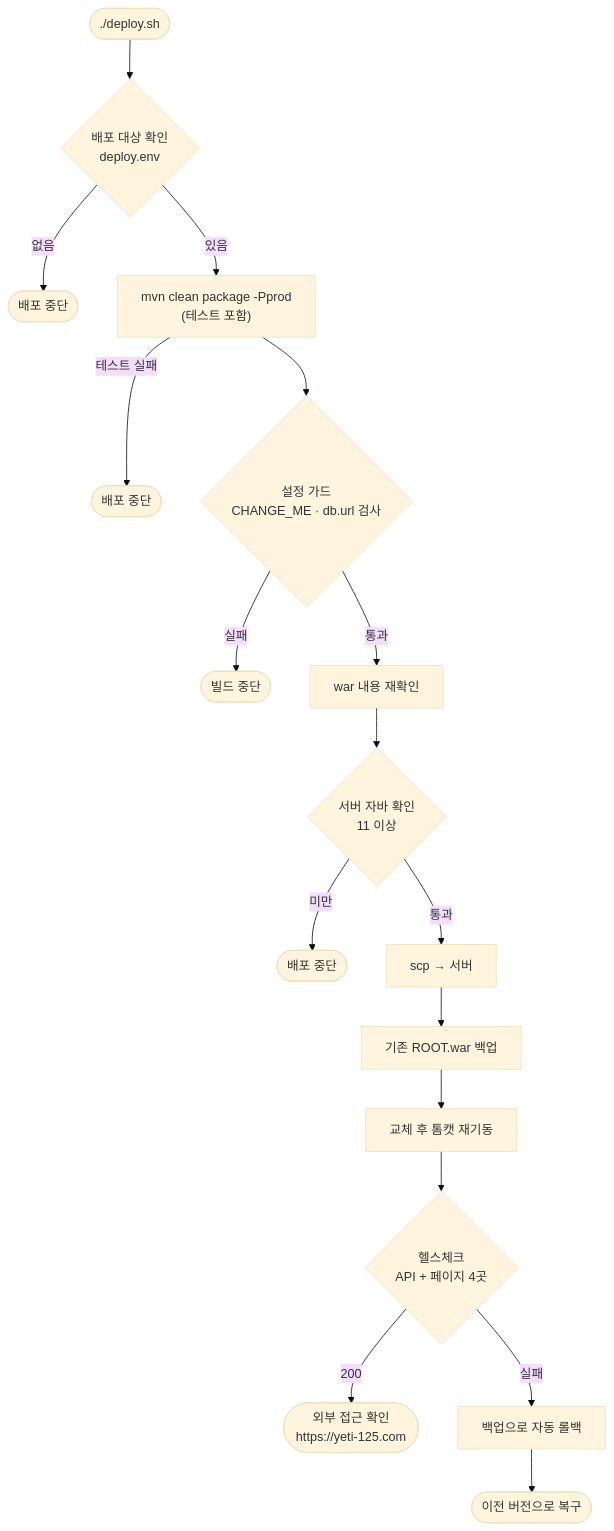
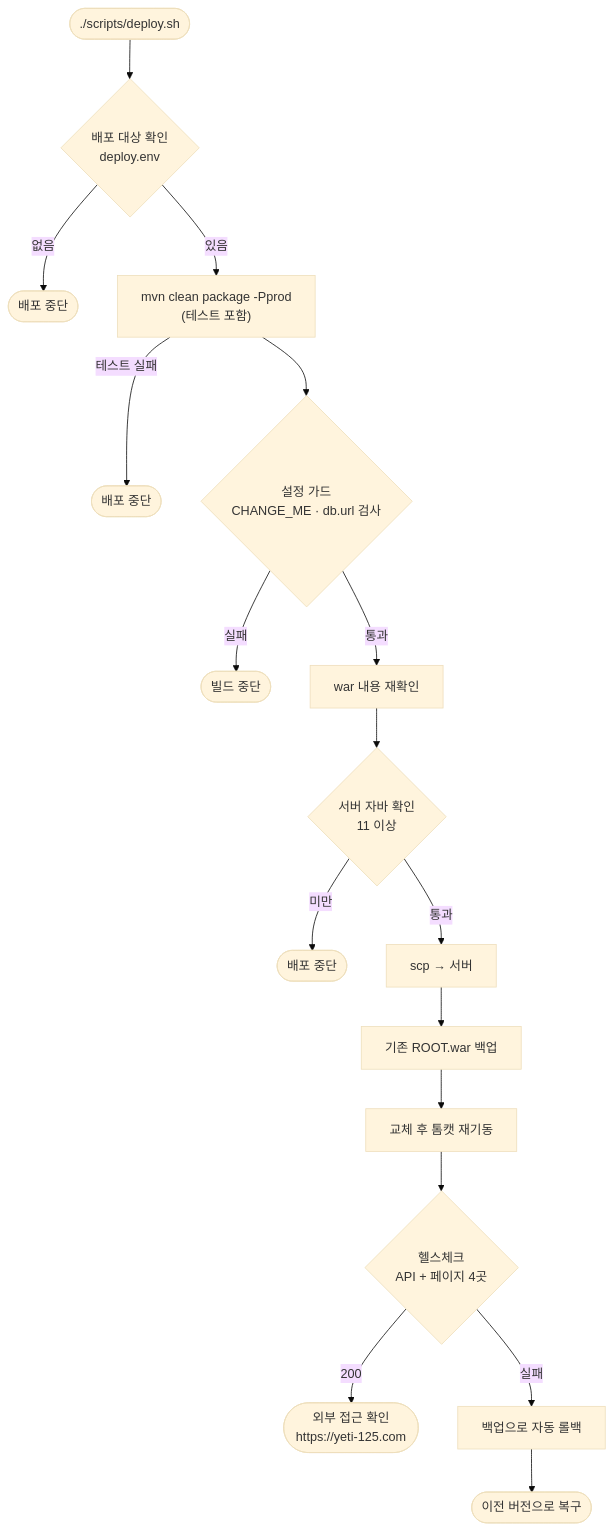
The fifth of 6 diagrams in README.md (sooindev/YETI-125), drawn with Mermaid (base theme) before and after one commit. The commit also changed other lines of this file and 12 other files, not shown here.

````diff
--- a/README.md
+++ b/README.md
@@ -484,19 +484,19 @@
 ```mermaid
 flowchart TD
-    A(["./deploy.sh"]) --> T{"배포 대상 확인\ndeploy.env"}
+    A(["./scripts/deploy.sh"]) --> T{"배포 대상 확인\ndeploy.env"}
     T -->|없음| Z2(["배포 중단"])
     T -->|있음| B["mvn clean package -Pprod\n(테스트 포함)"]
     B -->|테스트 실패| Z3(["배포 중단"])
     B --> C{"설정 가드\nCHANGE_ME · db.url 검사"}
     C -->|실패| X(["빌드 중단"])
     C -->|통과| D["war 내용 재확인"]
     D --> J{"서버 자바 확인\n11 이상"}
     J -->|미만| Z(["배포 중단"])
     J -->|통과| E["scp → 서버"]
     E --> F["기존 ROOT.war 백업"]
     F --> G["교체 후 톰캣 재기동"]
     G --> H{"헬스체크\nAPI + 페이지 4곳"}
     H -->|200| I(["외부 접근 확인\nhttps://yeti-125.com"])
     H -->|실패| R["백업으로 자동 롤백"]
     R --> Y(["이전 버전으로 복구"])
 ```
````
